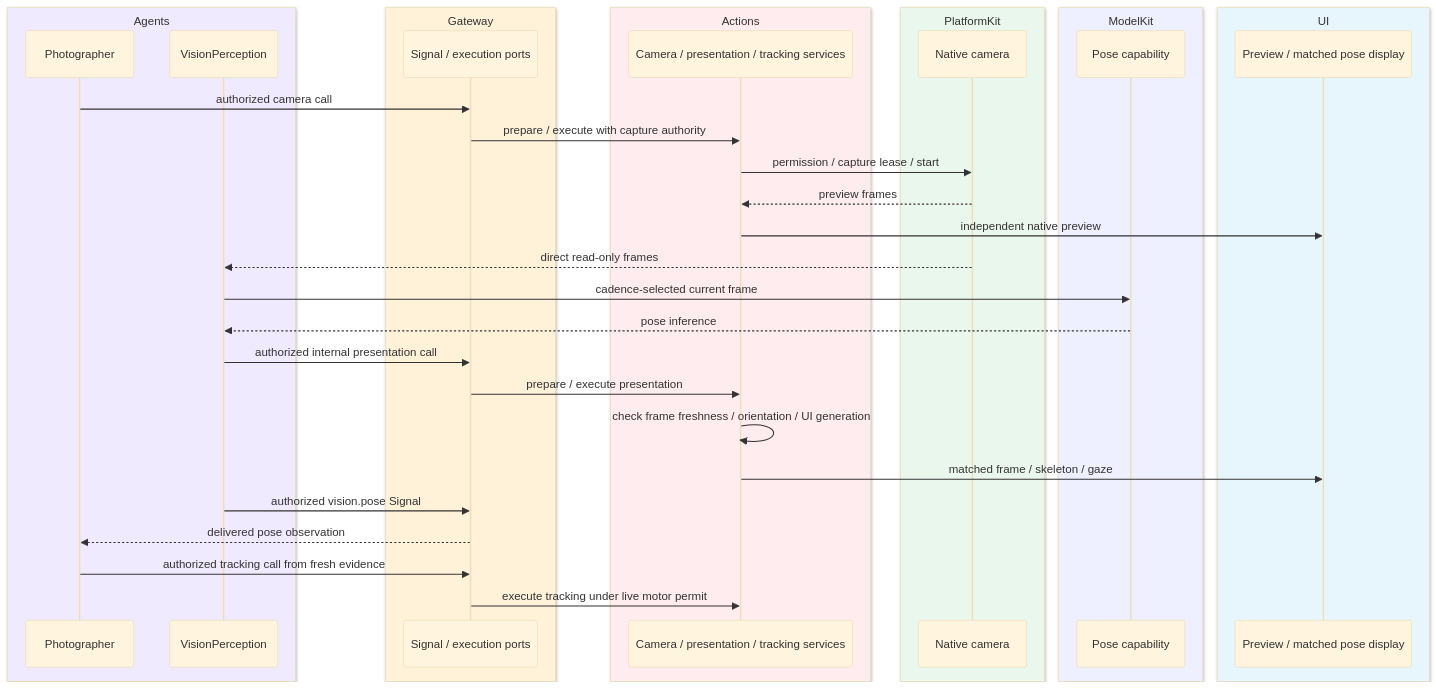
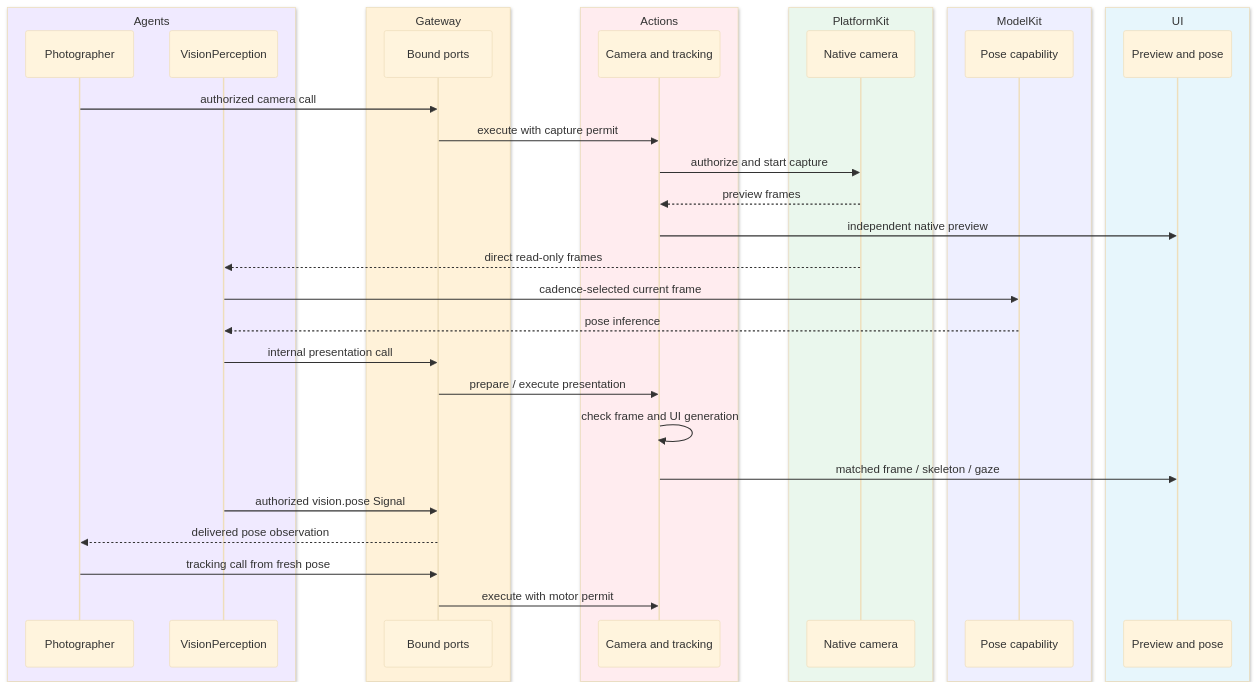
Before and after one commit to devilyouwei/MobileHarness: diagram 19 of 27 in MobileHarness/README.md, drawn with Mermaid (base theme). The commit also changed other lines of this file and 115 other files, not shown here.

````diff
--- a/MobileHarness/README.md
+++ b/MobileHarness/README.md
@@ -1106,38 +1115,38 @@
 ```mermaid
 sequenceDiagram
     box rgb(240,234,255) Agents
         participant P as Photographer
         participant V as VisionPerception
     end
     box rgb(255,242,217) Gateway
-        participant G as Signal / execution ports
+        participant G as Bound ports
     end
     box rgb(255,236,239) Actions
-        participant X as Camera / presentation / tracking services
+        participant X as Camera and tracking
     end
     box rgb(234,247,237) PlatformKit
         participant C as Native camera
     end
     box rgb(238,239,255) ModelKit
         participant M as Pose capability
     end
     box rgb(231,246,252) UI
-        participant UI as Preview / matched pose display
+        participant UI as Preview and pose
     end
     P->>G: authorized camera call
-    G->>X: prepare / execute with capture authority
-    X->>C: permission / capture lease / start
+    G->>X: execute with capture permit
+    X->>C: authorize and start capture
     C-->>X: preview frames
     X->>UI: independent native preview
     C-->>V: direct read-only frames
     V->>M: cadence-selected current frame
     M-->>V: pose inference
-    V->>G: authorized internal presentation call
+    V->>G: internal presentation call
     G->>X: prepare / execute presentation
-    X->>X: check frame freshness / orientation / UI generation
+    X->>X: check frame and UI generation
     X->>UI: matched frame / skeleton / gaze
     V->>G: authorized vision.pose Signal
     G-->>P: delivered pose observation
-    P->>G: authorized tracking call from fresh evidence
-    G->>X: execute tracking under live motor permit
+    P->>G: tracking call from fresh pose
+    G->>X: execute with motor permit
 ```
````
